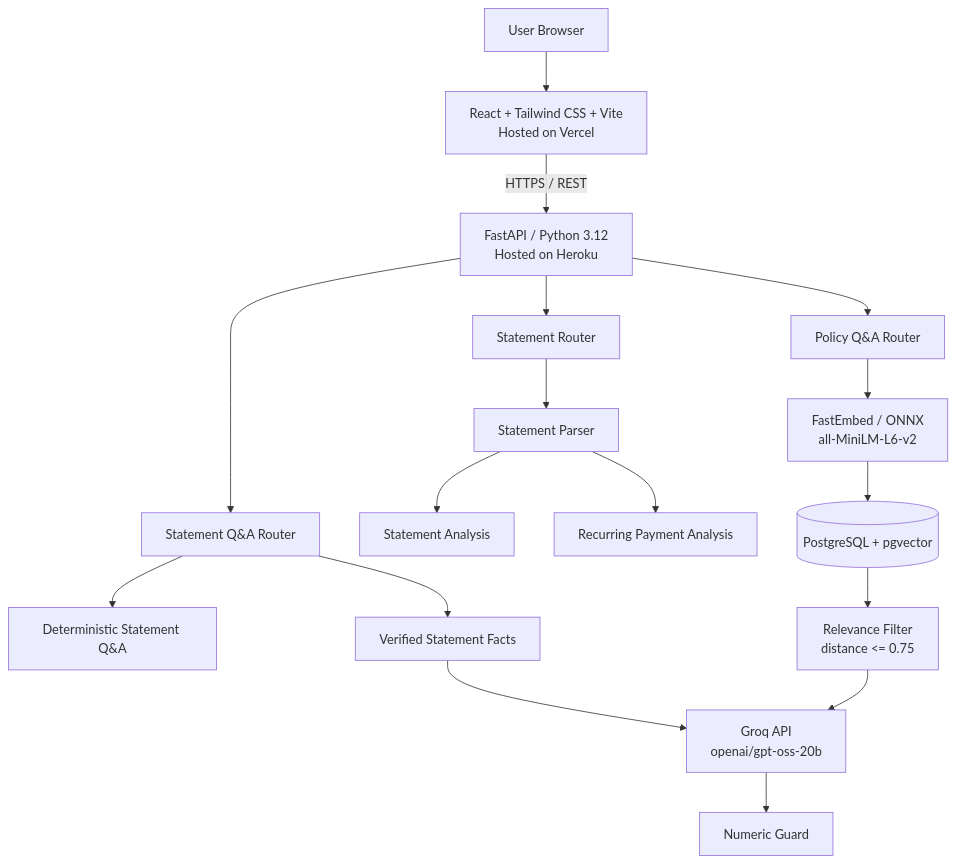
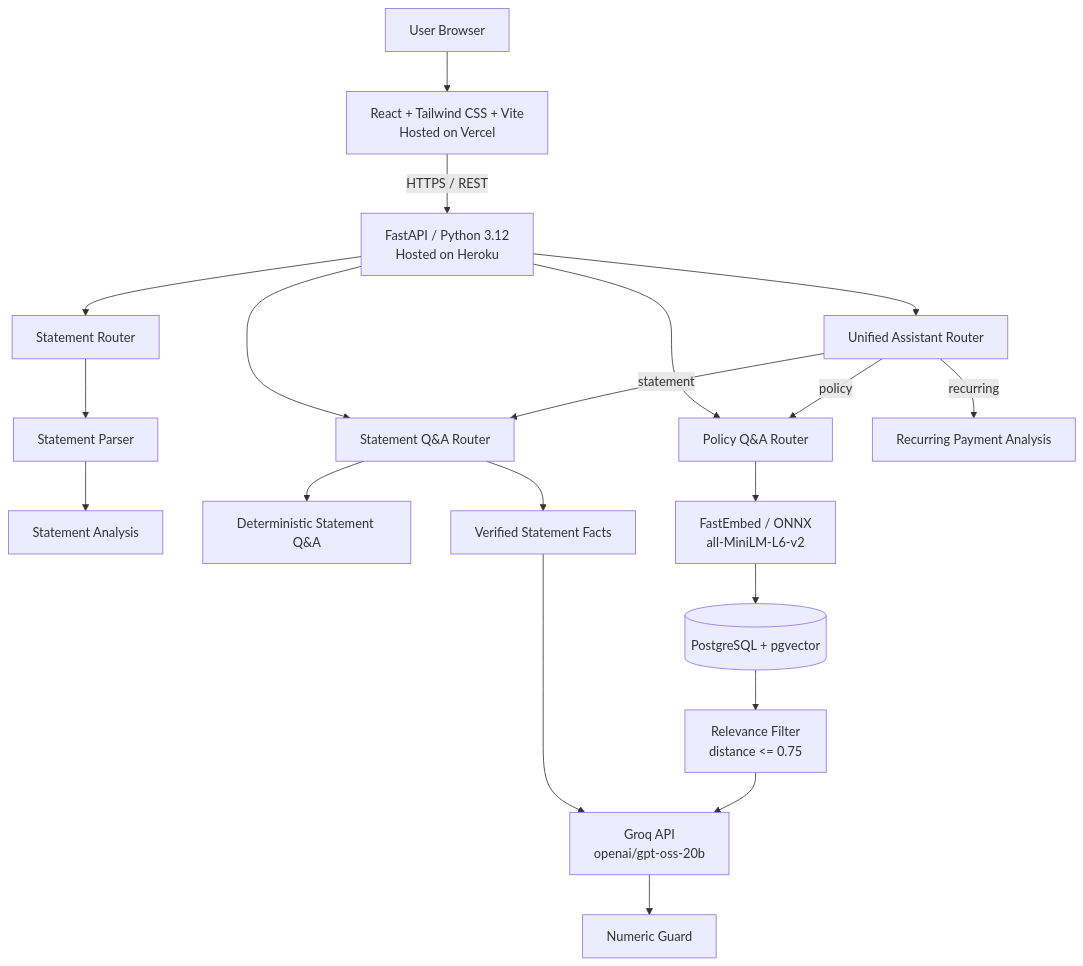
Before and after one commit to daniyalsaqib/Statement_Intelligence_Suite_ABL: the first of 6 diagrams in docs/ARCHITECTURE.md, drawn with Mermaid. The commit also changed other lines of this file and 2 other files, not shown here.

Commit message:
Update unified assistant documentation

````diff
--- a/docs/ARCHITECTURE.md
+++ b/docs/ARCHITECTURE.md
@@ -147,47 +189,52 @@
 ```mermaid
 flowchart TD
     U[User Browser]
 
     FE[React + Tailwind CSS + Vite<br/>Hosted on Vercel]
 
     API[FastAPI / Python 3.12<br/>Hosted on Heroku]
 
+    AR[Unified Assistant Router]
     SR[Statement Router]
     SQR[Statement Q&A Router]
     PQR[Policy Q&A Router]
 
     PARSER[Statement Parser]
     ANALYSIS[Statement Analysis]
     SUB[Recurring Payment Analysis]
 
     DET[Deterministic Statement Q&A]
     FACTS[Verified Statement Facts]
     GUARD[Numeric Guard]
 
     EMB[FastEmbed / ONNX<br/>all-MiniLM-L6-v2]
     DB[(PostgreSQL + pgvector)]
     FILTER[Relevance Filter<br/>distance <= 0.75]
 
     LLM[Groq API<br/>openai/gpt-oss-20b]
 
     U --> FE
     FE -->|HTTPS / REST| API
 
+    API --> AR
     API --> SR
     API --> SQR
     API --> PQR
 
+    AR -->|statement| SQR
+    AR -->|recurring| SUB
+    AR -->|policy| PQR
+
     SR --> PARSER
     PARSER --> ANALYSIS
-    PARSER --> SUB
 
     SQR --> DET
     SQR --> FACTS
     FACTS --> LLM
     LLM --> GUARD
 
     PQR --> EMB
     EMB --> DB
     DB --> FILTER
     FILTER --> LLM
 ```
````
